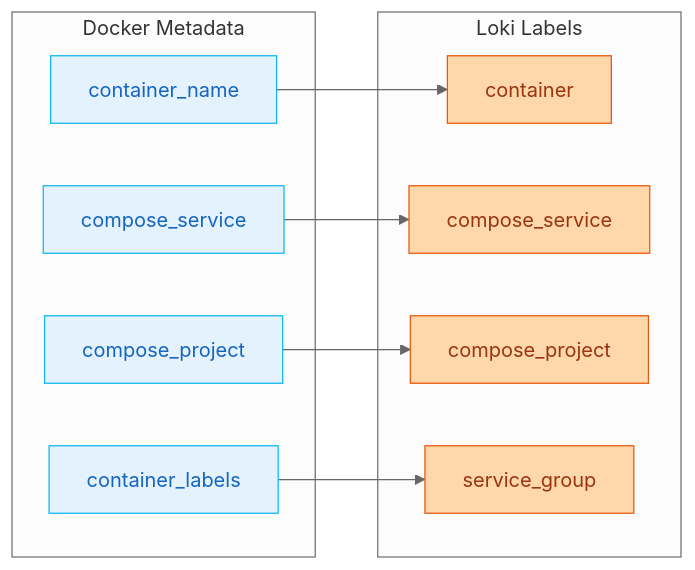
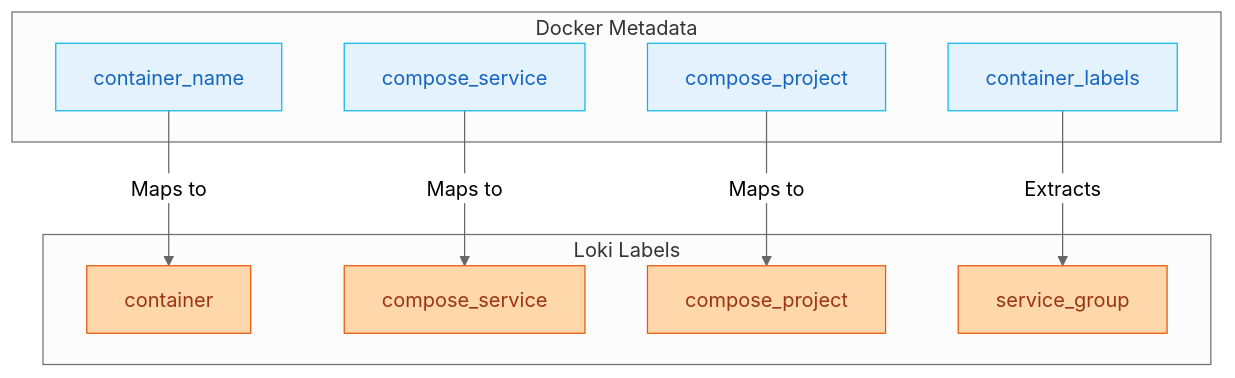
Before and after one commit to Mykyta-Home-Server/homeserver: the third of 3 diagrams in docs-site/src/content/docs/guides/monitoring.mdx, drawn with Mermaid (neutral theme). The commit also changed other lines of this file and 2 other files, not shown here.

First line of the commit message:
Redesign all Mermaid diagrams: square layouts with compact labels

````diff
--- a/docs-site/src/content/docs/guides/monitoring.mdx
+++ b/docs-site/src/content/docs/guides/monitoring.mdx
@@ -150,27 +155,27 @@
 ```mermaid
-flowchart LR
-    subgraph Docker[Docker Metadata]
+flowchart TB
+    subgraph docker[Docker Metadata]
         D1[container_name]
         D2[compose_service]
         D3[compose_project]
         D4[container_labels]
     end
 
-    subgraph Loki[Loki Labels]
+    subgraph loki[Loki Labels]
         L1[container]
         L2[compose_service]
         L3[compose_project]
         L4[service_group]
     end
 
-    D1 --> L1
-    D2 --> L2
-    D3 --> L3
-    D4 --> L4
+    D1 -->|Maps to| L1
+    D2 -->|Maps to| L2
+    D3 -->|Maps to| L3
+    D4 -->|Extracts| L4
 
-    classDef docker fill:#e3f2fd,stroke:#0db7ed,color:#1565c0
-    classDef loki fill:#fed7aa,stroke:#ea580c,color:#9a3412
+    classDef dockerStyle fill:#e3f2fd,stroke:#0db7ed,color:#1565c0
+    classDef lokiStyle fill:#fed7aa,stroke:#ea580c,color:#9a3412
 
-    class D1,D2,D3,D4 docker
-    class L1,L2,L3,L4 loki
+    class D1,D2,D3,D4 dockerStyle
+    class L1,L2,L3,L4 lokiStyle
 ```
````
